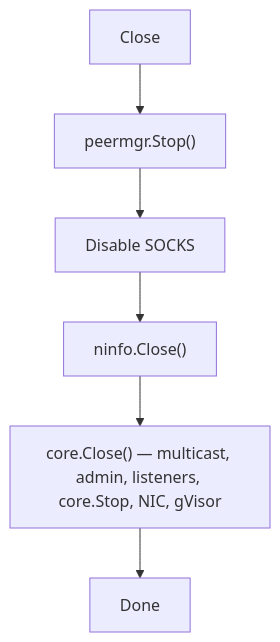
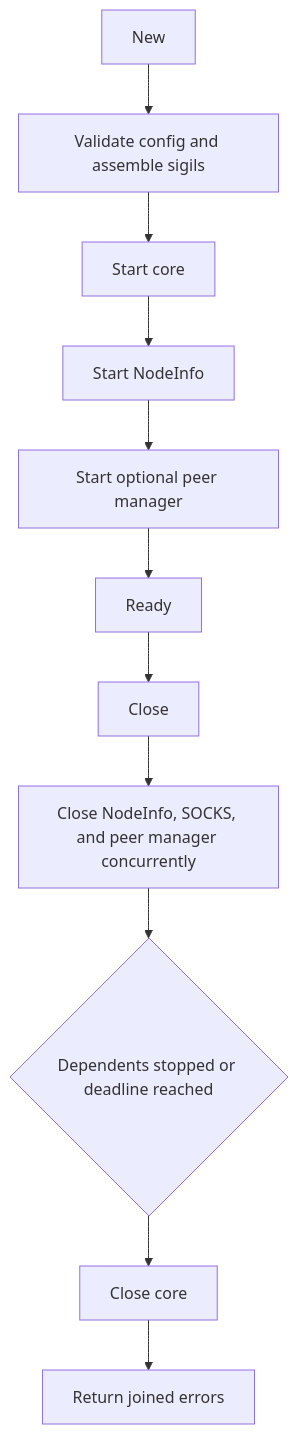
One commit to voluminor/ratatoskr changed the second of 2 diagrams in README.md. Above: the diagram before and after it, drawn with Mermaid. The commit also changed other lines of this file and 273 other files, not shown here.

````diff
--- a/README.md
+++ b/README.md
@@ -366,8 +423,13 @@
 ```mermaid
-flowchart TD
-  Close --> PM["peermgr.Stop()"]
-  PM --> S1["Disable SOCKS"]
-  S1 --> S15["ninfo.Close()"]
-  S15 --> S2["core.Close() — multicast, admin, listeners, core.Stop, NIC, gVisor"]
-  S2 --> Done["Done"]
+flowchart TB
+  New["New"] --> Assemble["Validate config and assemble sigils"]
+  Assemble --> StartCore["Start core"]
+  StartCore --> StartNInfo["Start NodeInfo"]
+  StartNInfo --> Optional["Start optional peer manager"]
+  Optional --> Ready["Ready"]
+  Ready --> Close["Close"]
+  Close --> Dependents["Close NodeInfo, SOCKS, and peer manager concurrently"]
+  Dependents --> Gate{"Dependents stopped or deadline reached"}
+  Gate --> CloseCore["Close core"]
+  CloseCore --> Done["Return joined errors"]
 ```
````
